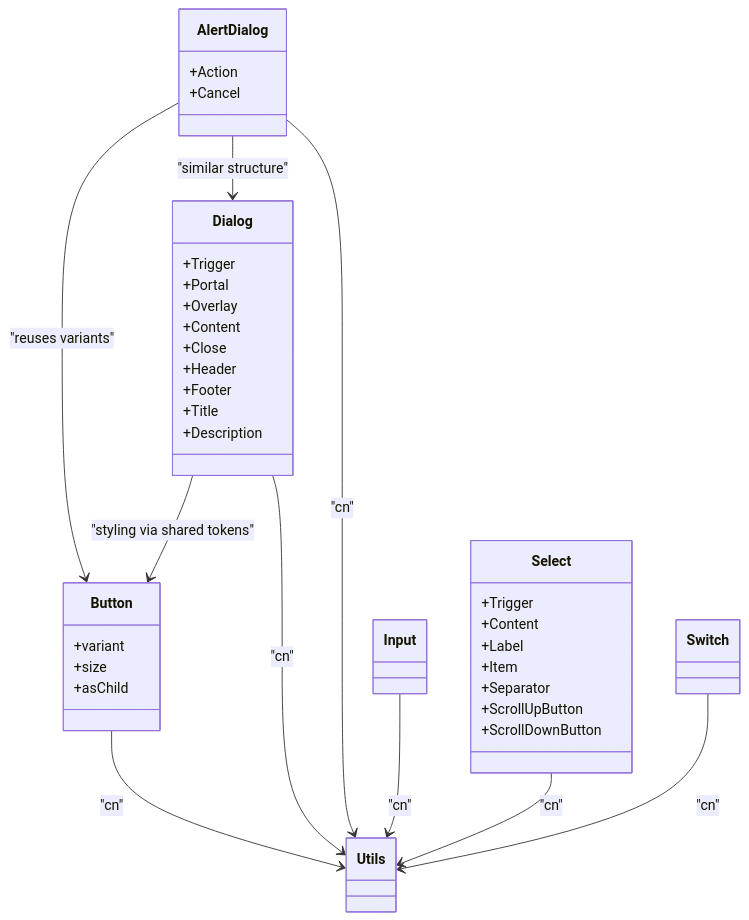
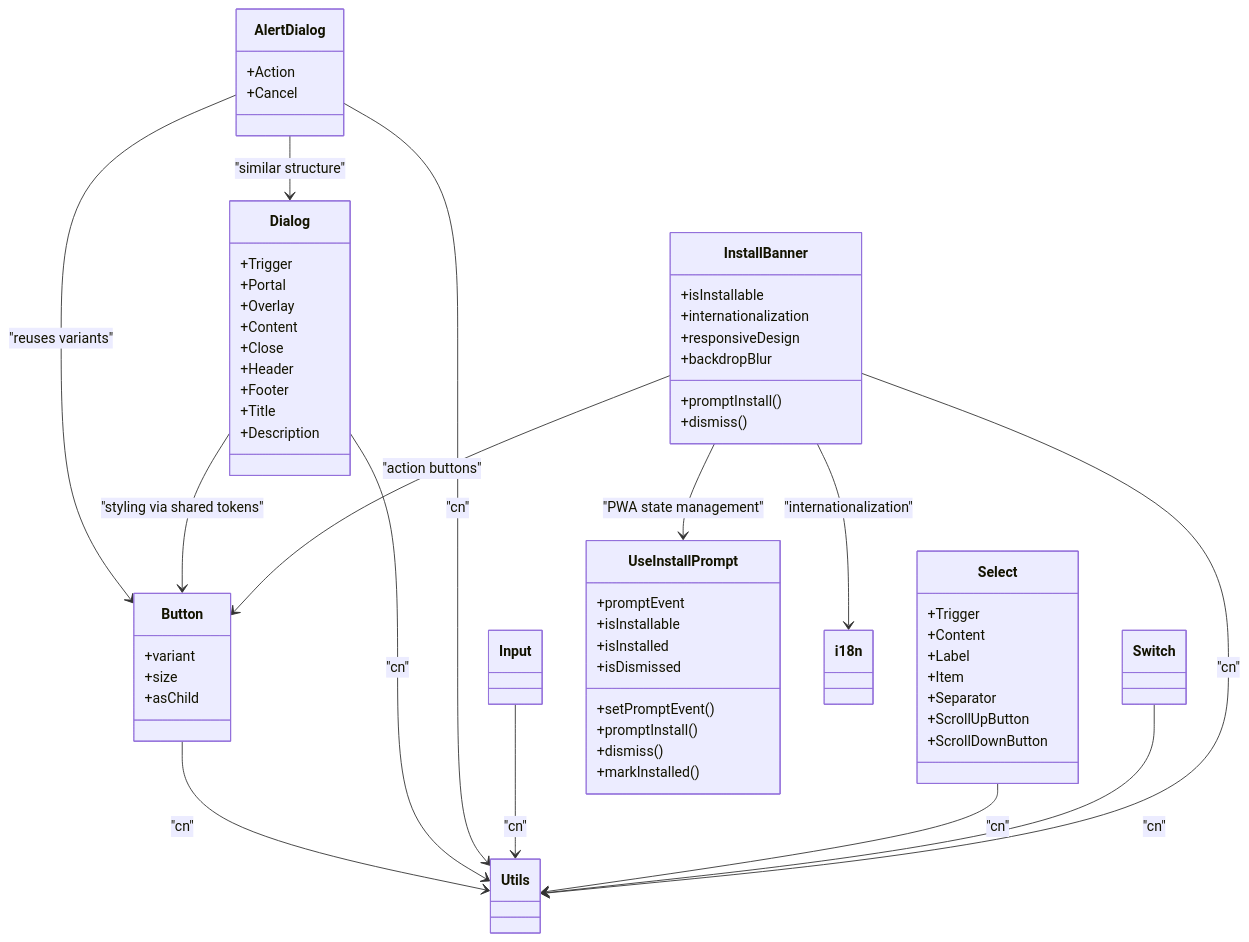
One commit to Yasir-019/ScanIQ changed the second of 5 diagrams in .qoder/repowiki/en/content/UI Components/UI Components.md. Above: the diagram before and after it, drawn with Mermaid. The commit also changed other lines of this file and 23 other files, not shown here.

````diff
--- a/.qoder/repowiki/en/content/UI Components/UI Components.md
+++ b/.qoder/repowiki/en/content/UI Components/UI Components.md
@@ -108,43 +135,65 @@
 ```mermaid
 classDiagram
 class Button {
 +variant
 +size
 +asChild
 }
 class Dialog {
 +Trigger
 +Portal
 +Overlay
 +Content
 +Close
 +Header
 +Footer
 +Title
 +Description
 }
 class AlertDialog {
 +Action
 +Cancel
 }
 class Input
 class Select {
 +Trigger
 +Content
 +Label
 +Item
 +Separator
 +ScrollUpButton
 +ScrollDownButton
 }
 class Switch
+class InstallBanner {
++isInstallable
++promptInstall()
++dismiss()
++internationalization
++responsiveDesign
++backdropBlur
+}
+class UseInstallPrompt {
++promptEvent
++isInstallable
++isInstalled
++isDismissed
++setPromptEvent()
++promptInstall()
++dismiss()
++markInstalled()
+}
 AlertDialog --> Button : "reuses variants"
 Dialog --> Button : "styling via shared tokens"
 AlertDialog --> Dialog : "similar structure"
+InstallBanner --> UseInstallPrompt : "PWA state management"
+InstallBanner --> Button : "action buttons"
+InstallBanner --> i18n : "internationalization"
 Button --> Utils : "cn"
 Dialog --> Utils : "cn"
 AlertDialog --> Utils : "cn"
 Input --> Utils : "cn"
 Select --> Utils : "cn"
 Switch --> Utils : "cn"
+InstallBanner --> Utils : "cn"
 ```
````
